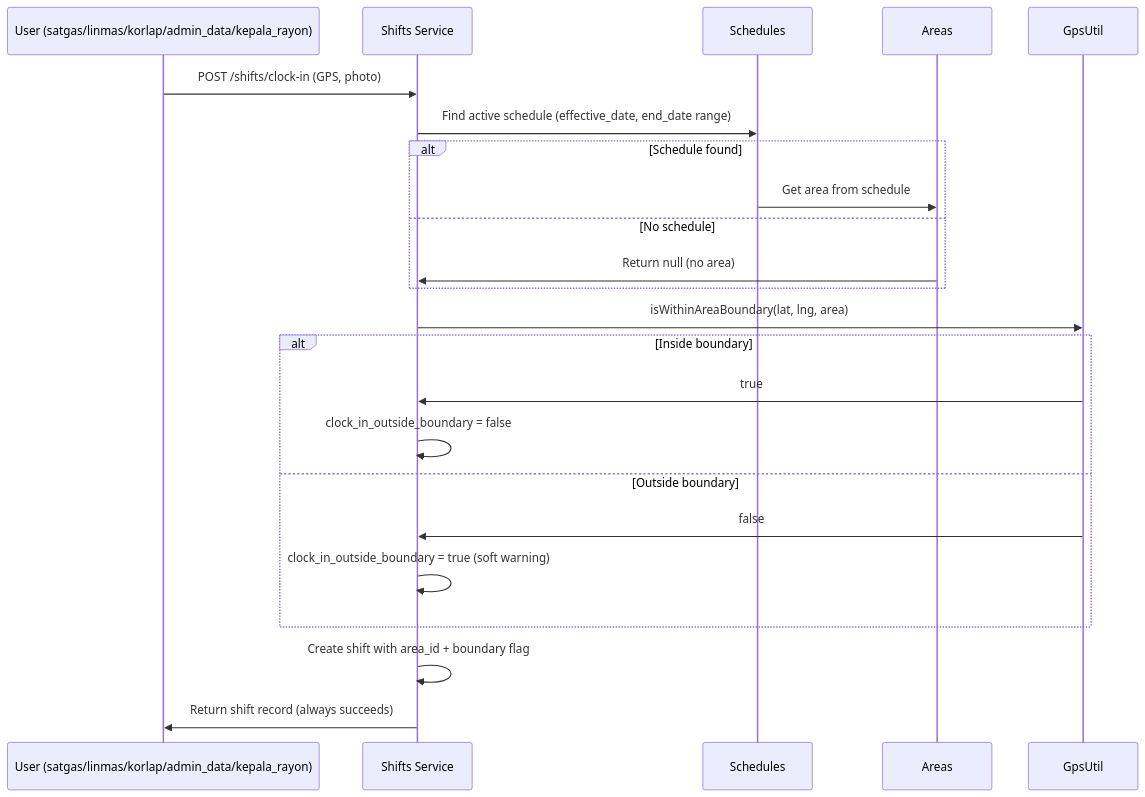
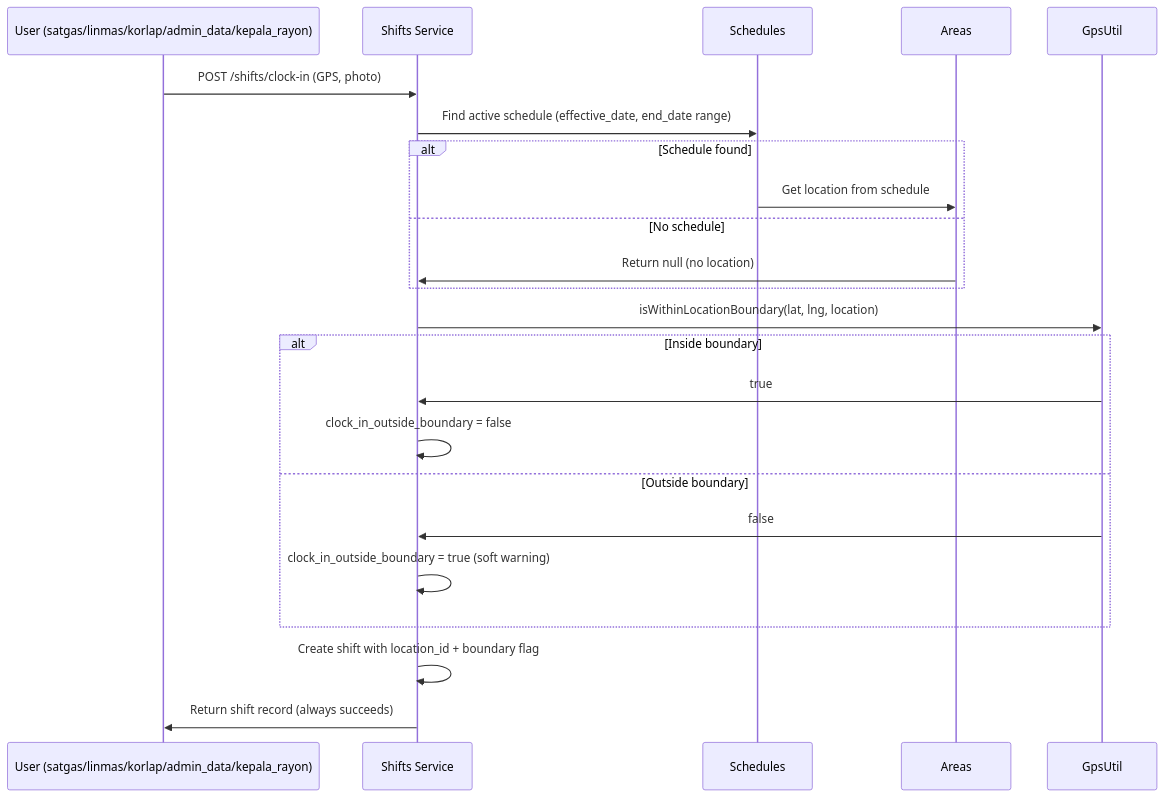
Before and after one commit to dlhsby/sekar: the seventh of 13 diagrams in specs/database/erd.md, drawn with Mermaid. The commit also changed other lines of this file and 53 other files, not shown here.

````diff
--- a/specs/database/erd.md
+++ b/specs/database/erd.md
@@ -515,26 +515,26 @@
 ```mermaid
 sequenceDiagram
     participant U as User (satgas/linmas/korlap/admin_data/kepala_rayon)
     participant S as Shifts Service
     participant SC as Schedules
     participant A as Areas
     participant G as GpsUtil
 
     U->>S: POST /shifts/clock-in (GPS, photo)
     S->>SC: Find active schedule (effective_date, end_date range)
     alt Schedule found
-        SC->>A: Get area from schedule
+        SC->>A: Get location from schedule
     else No schedule
-        A->>S: Return null (no area)
+        A->>S: Return null (no location)
     end
-    S->>G: isWithinAreaBoundary(lat, lng, area)
+    S->>G: isWithinLocationBoundary(lat, lng, location)
     alt Inside boundary
         G->>S: true
         S->>S: clock_in_outside_boundary = false
     else Outside boundary
         G->>S: false
         S->>S: clock_in_outside_boundary = true (soft warning)
     end
-    S->>S: Create shift with area_id + boundary flag
+    S->>S: Create shift with location_id + boundary flag
     S->>U: Return shift record (always succeeds)
 ```
````
